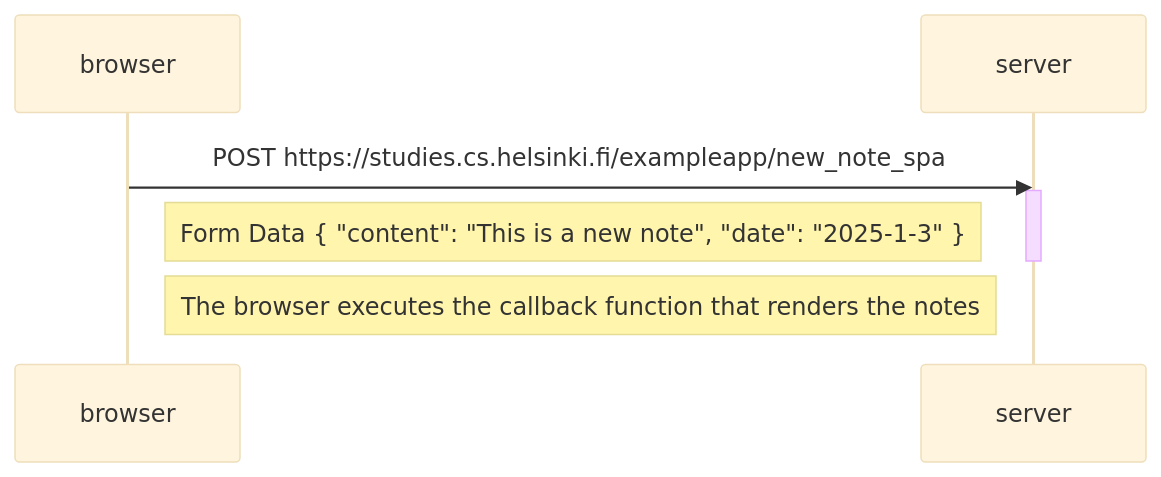
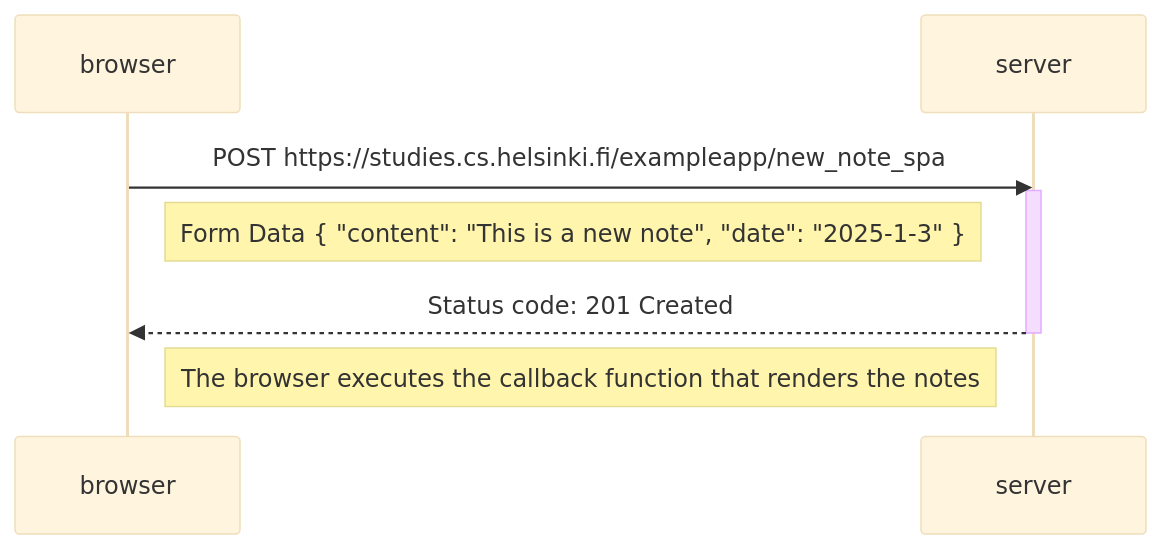
The diagram in part0/0_6 New note in Single page app diagram.md (libardoescalanterojas/fullstackopen_Course), drawn with Mermaid (base theme) before and after one commit. The commit also changed other lines of this file, not shown here.

Commit message:
Update 0_6 New note in Single page app diagram.md

````diff
--- a/part0/0_6 New note in Single page app diagram.md
+++ b/part0/0_6 New note in Single page app diagram.md
@@ -17,13 +18,14 @@
 ```mermaid
 sequenceDiagram
     participant browser
     participant server
 
     browser->>server: POST https://studies.cs.helsinki.fi/exampleapp/new_note_spa  
     activate server
     Note right of browser: Form Data { "content": "This is a new note", "date": "2025-1-3" }
+    server-->>browser: Status code:    201 Created
     deactivate server
 
     Note right of browser: The browser executes the callback function that renders the notes
 
 ```
````
